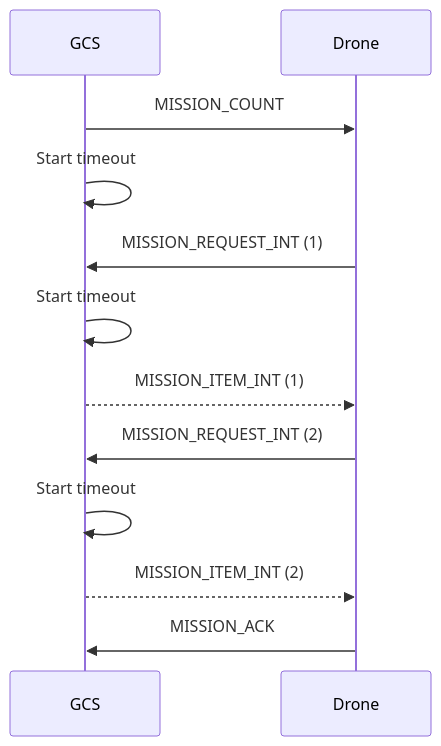
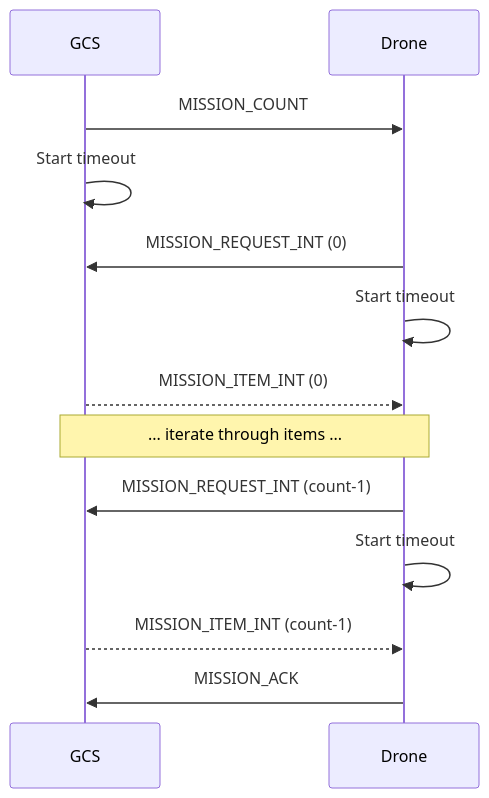
One commit to mavlink/mavlink-devguide changed the first of 6 diagrams in en/services/mission.md. Above: the diagram before and after it, drawn with Mermaid. The commit also changed other lines of this file, not shown here.

First line of the commit message:
MissionProtocol: Doc partial upload/download

```diff
--- a/en/services/mission.md
+++ b/en/services/mission.md
@@ -118,14 +128,15 @@
 {% mermaid %}
 sequenceDiagram;
     participant GCS
     participant Drone
     GCS->>Drone: MISSION_COUNT
     GCS->>GCS: Start timeout
-    Drone->>GCS: MISSION_REQUEST_INT (1)
-    GCS->>GCS: Start timeout
-    GCS-->>Drone: MISSION_ITEM_INT (1)
-    Drone->>GCS: MISSION_REQUEST_INT (2)
-    GCS->>GCS: Start timeout
-    GCS-->>Drone: MISSION_ITEM_INT (2)
+    Drone->>GCS: MISSION_REQUEST_INT (0)
+    Drone->>Drone: Start timeout
+    GCS-->>Drone: MISSION_ITEM_INT (0)
+    Note over GCS,Drone: ... iterate through items ...
+    Drone->>GCS: MISSION_REQUEST_INT (count-1)
+    Drone->>Drone: Start timeout
+    GCS-->>Drone: MISSION_ITEM_INT (count-1)
     Drone->>GCS: MISSION_ACK
 {% endmermaid %}
```
